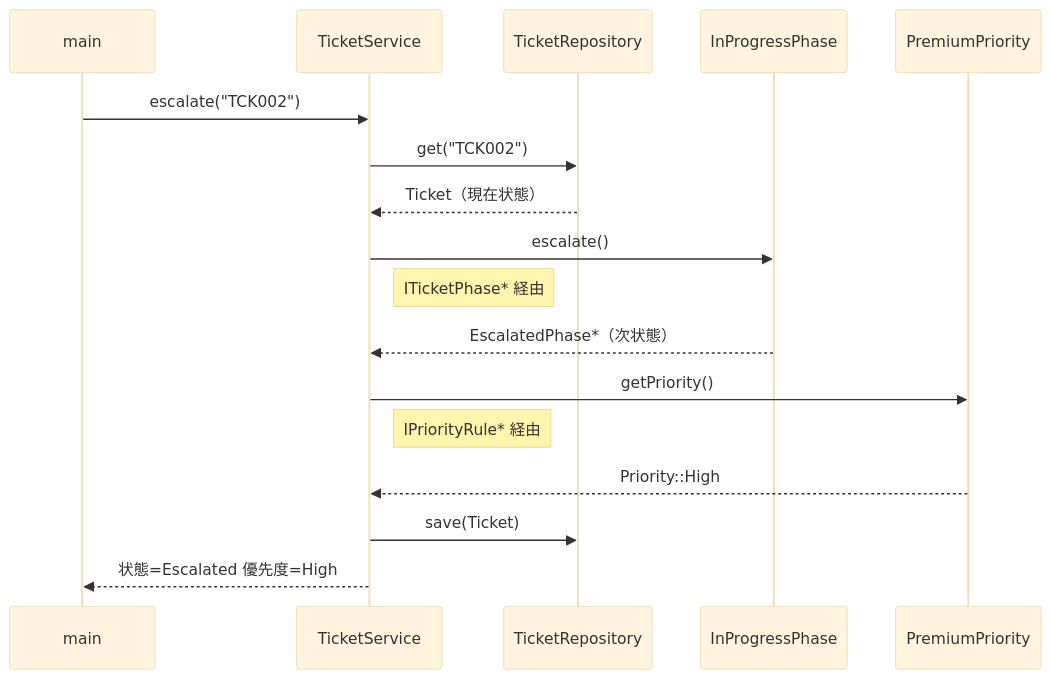
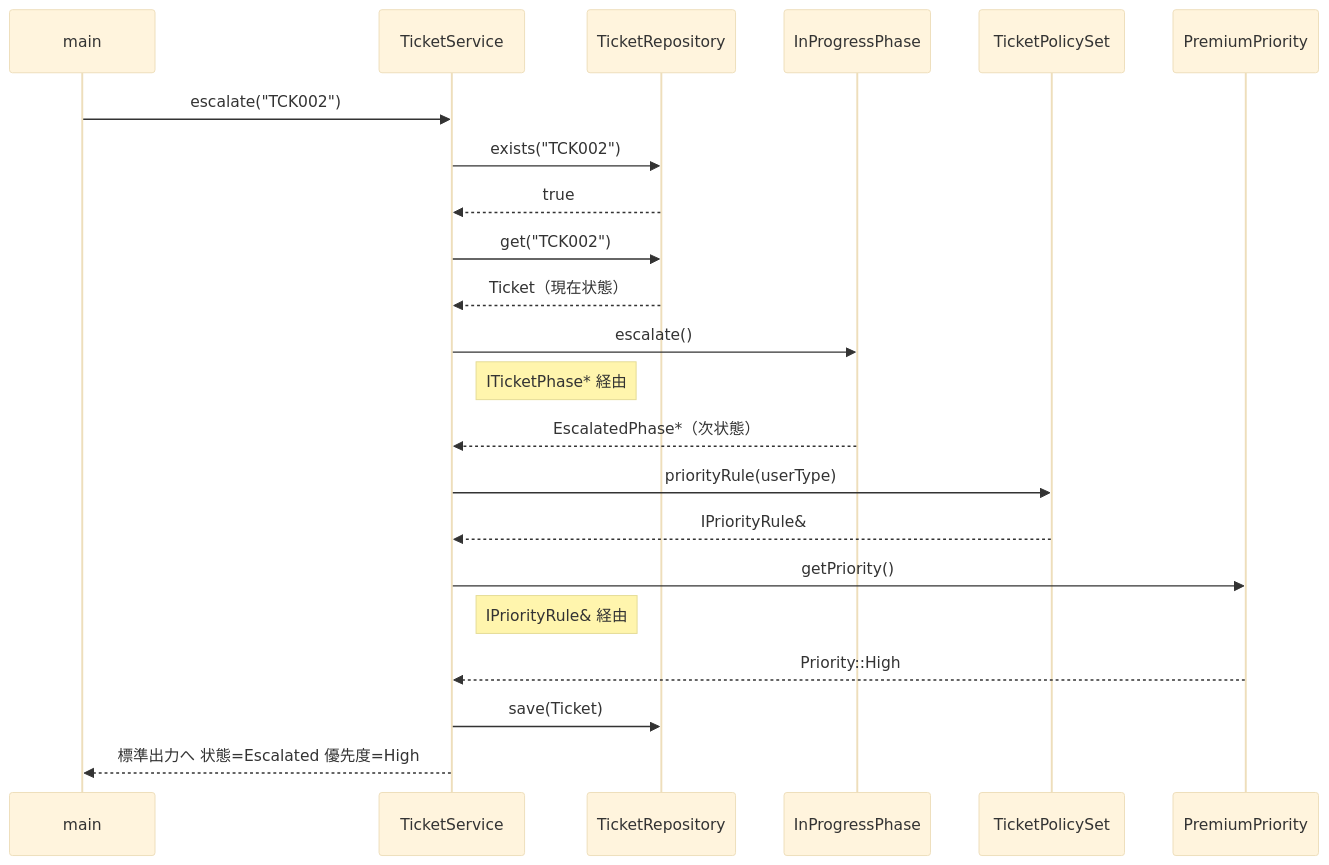
Before and after one commit to kumachan1101-pixel/DesignPattern: diagram 15 of 20 in kindle/design-patterns/output/chapter09_2.md, drawn with Mermaid (base theme). The commit also changed other lines of this file and 1 other file, not shown here.

Commit message:
LOGIC-005完了：図の辺をコードの実態へ付け替え（第4・9章, #62）
クラス図・シーケンス図の辺が、コード上のメンバ・呼び出しと対応して
いなかった問題を残る2章で解消した（第2章 LOGIC-202、第6章 LOGIC-605、
第8章 LOGIC-805、第11章 LOGIC-1110 は先行コミットで対応済み）。

- 第4章 LOGIC-406：変更前図の「StoreDataImporter ..> SchemaRegistry」は、
  1-4で registry を確認するのが main() であることと矛盾していた。Main
  ノードを定義して起点を付け替えた。採用図・完成図の
  「StoreDataImporter --> SchemaRegistry」も、最終コードで registry を
  持つのは BatchApplication だけなので同クラス起点へ直した。
- 第9章 LOGIC-908：課題ID1部分図にある
  「TicketService --> ITicketPhase」が採用全体図・完成図に無かった。
  コードでは TicketService が t.phase->assign() を直接呼ぶため、
  両図へ同じ辺を追加して部分図が全体図の部分集合になるようにした。
- 第9章 LOGIC-912：完成後シーケンス図が TicketService から
  PremiumPriority へ直接 getPriority() を呼んでいたが、コードは
  policies.priorityRule(type) で TicketPolicySet を経由する。
  PolicySet を参加者へ追加した。LOGIC-902 で加えた exists() チェックも
  図へ反映し、escalate() が void である点に合わせて戻りの表記も
  「標準出力へ」に直した。

検証: validate_book.py PASS（15章）、check_execution_output.py PASS、
check_kindle.py PASS、git diff --check PASS。

Claude-Session: https://claude.ai/code/session_01X19DXViPvng1J3iSEzh2HH

````diff
--- a/kindle/design-patterns/output/chapter09_2.md
+++ b/kindle/design-patterns/output/chapter09_2.md
@@ -1897,19 +1899,24 @@
 ```mermaid
 sequenceDiagram
     participant Main as main
     participant Svc as TicketService
     participant Repo as TicketRepository
     participant Ph as InProgressPhase
+    participant Set as TicketPolicySet
     participant Rule as PremiumPriority
     Main->>Svc: escalate("TCK002")
+    Svc->>Repo: exists("TCK002")
+    Repo-->>Svc: true
     Svc->>Repo: get("TCK002")
     Repo-->>Svc: Ticket（現在状態）
     Svc->>Ph: escalate()
     Note right of Svc: ITicketPhase* 経由
     Ph-->>Svc: EscalatedPhase*（次状態）
+    Svc->>Set: priorityRule(userType)
+    Set-->>Svc: IPriorityRule&
     Svc->>Rule: getPriority()
-    Note right of Svc: IPriorityRule* 経由
+    Note right of Svc: IPriorityRule& 経由
     Rule-->>Svc: Priority::High
     Svc->>Repo: save(Ticket)
-    Svc-->>Main: 状態=Escalated 優先度=High
+    Svc-->>Main: 標準出力へ 状態=Escalated 優先度=High
 ```
````
